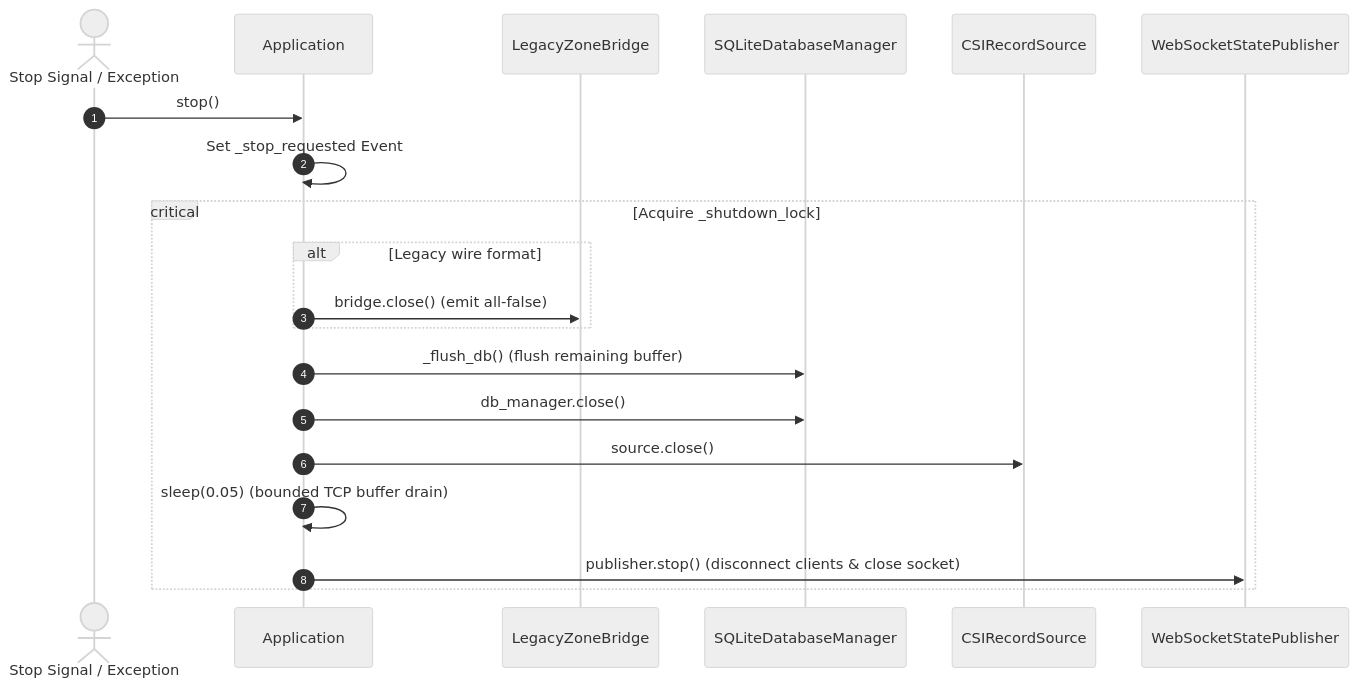
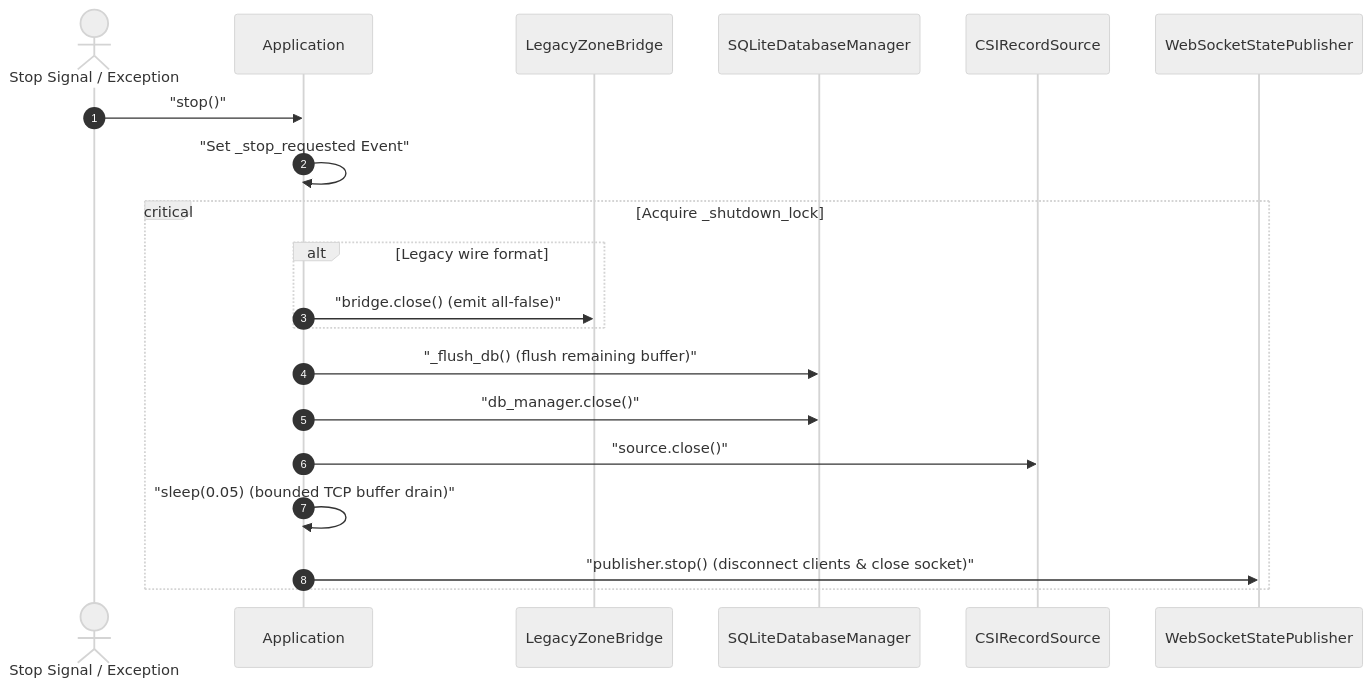
The fifth of 5 diagrams in docs/architecture/application-integration.md (Sjml007/WiSense), drawn with Mermaid (neutral theme) before and after one commit. The commit also changed other lines of this file and 11 other files, not shown here.

````diff
--- a/docs/architecture/application-integration.md
+++ b/docs/architecture/application-integration.md
@@ -123,23 +126,23 @@
 ```mermaid
 sequenceDiagram
     autonumber
     actor Caller as Stop Signal / Exception
     participant App as Application
     participant Bridge as LegacyZoneBridge
     participant DB as SQLiteDatabaseManager
     participant Source as CSIRecordSource
     participant Pub as WebSocketStatePublisher
 
-    Caller->>App: stop()
-    App->>App: Set _stop_requested Event
+    Caller->>App: "stop()"
+    App->>App: "Set _stop_requested Event"
     critical Acquire _shutdown_lock
         alt Legacy wire format
-            App->>Bridge: bridge.close() (emit all-false)
+            App->>Bridge: "bridge.close() (emit all-false)"
         end
-        App->>DB: _flush_db() (flush remaining buffer)
-        App->>DB: db_manager.close()
-        App->>Source: source.close()
-        App->>App: sleep(0.05) (bounded TCP buffer drain)
-        App->>Pub: publisher.stop() (disconnect clients & close socket)
+        App->>DB: "_flush_db() (flush remaining buffer)"
+        App->>DB: "db_manager.close()"
+        App->>Source: "source.close()"
+        App->>App: "sleep(0.05) (bounded TCP buffer drain)"
+        App->>Pub: "publisher.stop() (disconnect clients & close socket)"
     end
 ```
````
